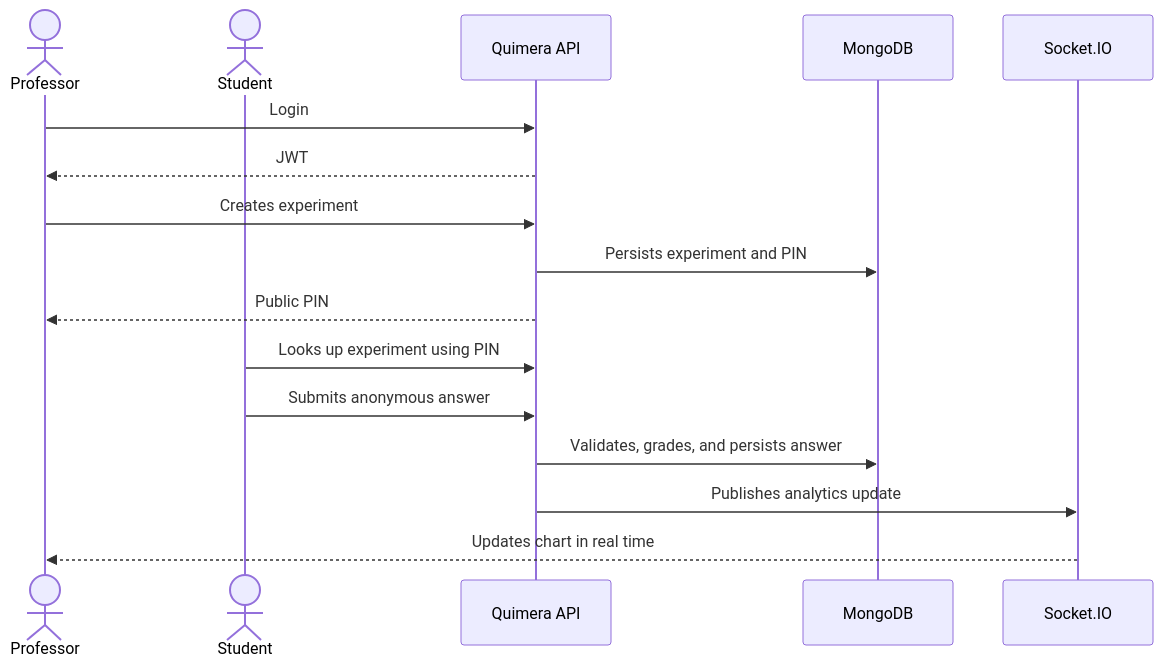
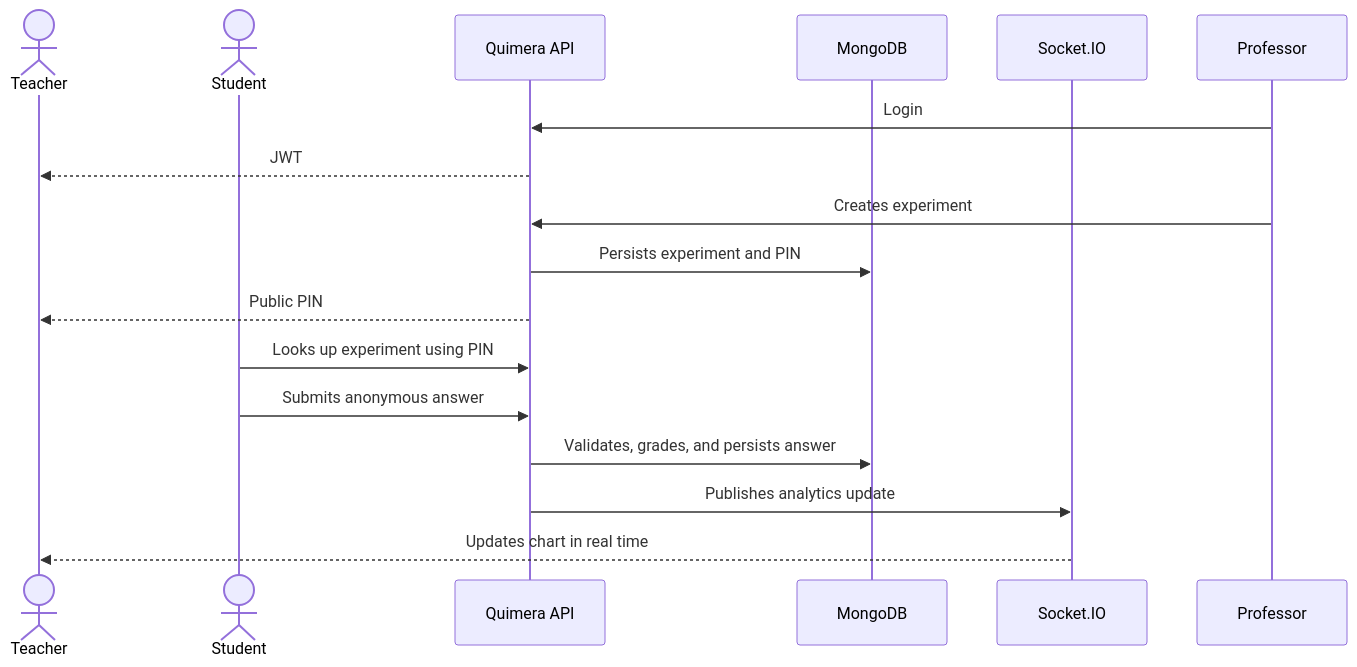
One commit to Mariana-Evangelista/Projeto-Quimera-PIC-2024 changed the diagram in README.md. Above: the diagram before and after it, drawn with Mermaid.

Commit message:
Update actor from Professor to Teacher in README

````diff
--- a/README.md
+++ b/README.md
@@ -70,19 +70,19 @@
 ```mermaid
 sequenceDiagram
-    actor Professor
+    actor Teacher
     actor Student
     participant API as Quimera API
     participant DB as MongoDB
     participant RT as Socket.IO
 
     Professor->>API: Login
-    API-->>Professor: JWT
+    API-->>Teacher: JWT
     Professor->>API: Creates experiment
     API->>DB: Persists experiment and PIN
-    API-->>Professor: Public PIN
+    API-->>Teacher: Public PIN
     Student->>API: Looks up experiment using PIN
     Student->>API: Submits anonymous answer
     API->>DB: Validates, grades, and persists answer
     API->>RT: Publishes analytics update
-    RT-->>Professor: Updates chart in real time
+    RT-->>Teacher: Updates chart in real time
 ```
````
